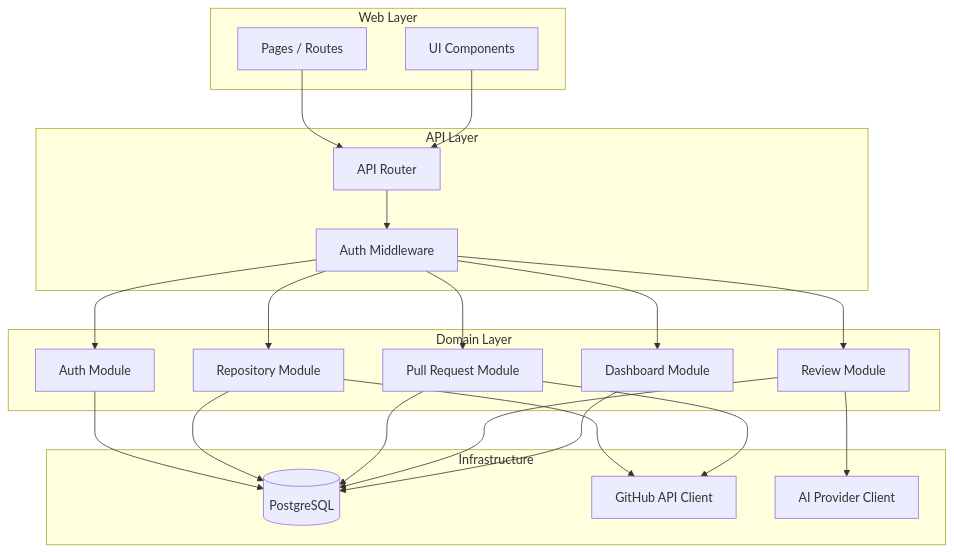
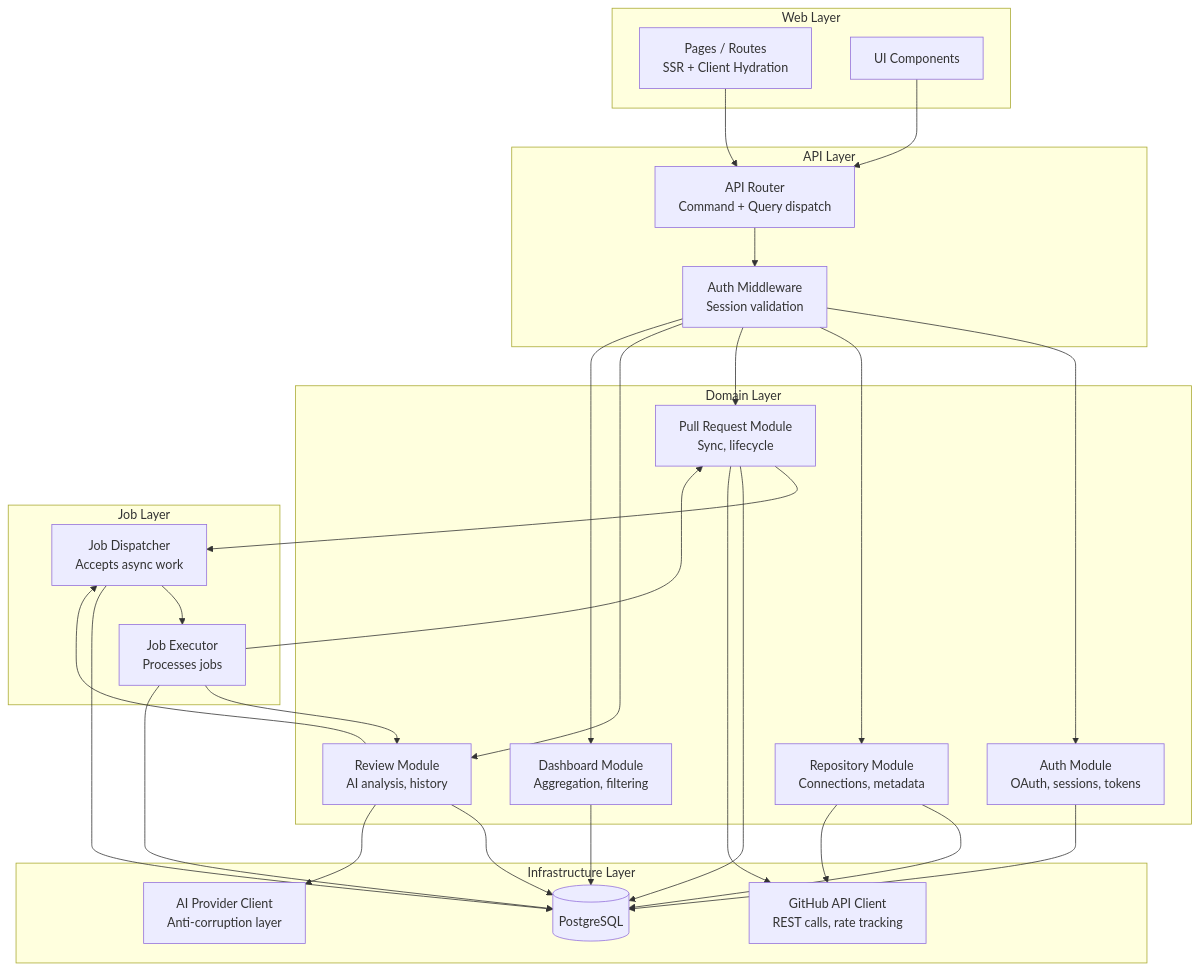
The third of 10 diagrams in docs/03-system-architecture.md (sankar-chaitanya2025/MergeFlow), drawn with Mermaid before and after one commit. The commit also changed other lines of this file, not shown here.

Commit message:
docs: revise architecture ADRs and add canonical C4 diagrams

````diff
--- a/docs/03-system-architecture.md
+++ b/docs/03-system-architecture.md
@@ -110,44 +126,57 @@
 ```mermaid
 graph TB
     subgraph "Web Layer"
-        PAGES[Pages / Routes]
+        PAGES[Pages / Routes<br/>SSR + Client Hydration]
         COMPONENTS[UI Components]
     end
 
     subgraph "API Layer"
-        MW[Auth Middleware]
-        ROUTER[API Router]
+        MW[Auth Middleware<br/>Session validation]
+        ROUTER[API Router<br/>Command + Query dispatch]
     end
 
     subgraph "Domain Layer"
-        AUTH[Auth Module]
-        REPO[Repository Module]
-        PRS[Pull Request Module]
-        REVW[Review Module]
-        DASHM[Dashboard Module]
+        AUTH[Auth Module<br/>OAuth, sessions, tokens]
+        REPO[Repository Module<br/>Connections, metadata]
+        PRS[Pull Request Module<br/>Sync, lifecycle]
+        REVW[Review Module<br/>AI analysis, history]
+        DASHM[Dashboard Module<br/>Aggregation, filtering]
     end
 
-    subgraph "Infrastructure"
+    subgraph "Job Layer"
+        JOBQ[Job Dispatcher<br/>Accepts async work]
+        JOBX[Job Executor<br/>Processes jobs]
+    end
+
+    subgraph "Infrastructure Layer"
         DB[(PostgreSQL)]
-        GHCLIENT[GitHub API Client]
-        AICLIENT[AI Provider Client]
+        GHCLIENT[GitHub API Client<br/>REST calls, rate tracking]
+        AICLIENT[AI Provider Client<br/>Anti-corruption layer]
     end
 
     PAGES --> ROUTER
     COMPONENTS --> ROUTER
     ROUTER --> MW
     MW --> AUTH
     MW --> REPO
     MW --> PRS
     MW --> REVW
     MW --> DASHM
 
+    PRS --> JOBQ
+    REVW --> JOBQ
+    JOBQ --> JOBX
+    JOBX --> PRS
+    JOBX --> REVW
+
     AUTH --> DB
     REPO --> DB
     REPO --> GHCLIENT
     PRS --> DB
     PRS --> GHCLIENT
     REVW --> DB
     REVW --> AICLIENT
     DASHM --> DB
+    JOBQ --> DB
+    JOBX --> DB
 ```
````
